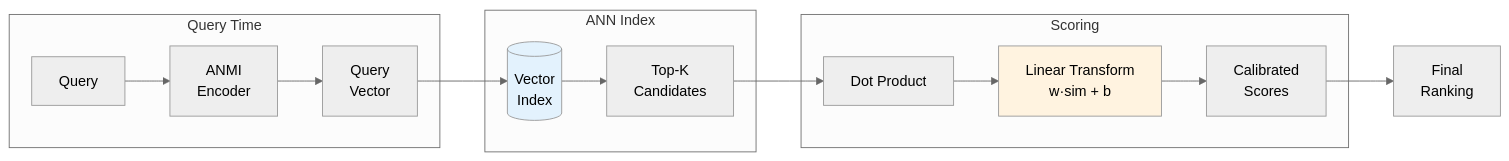
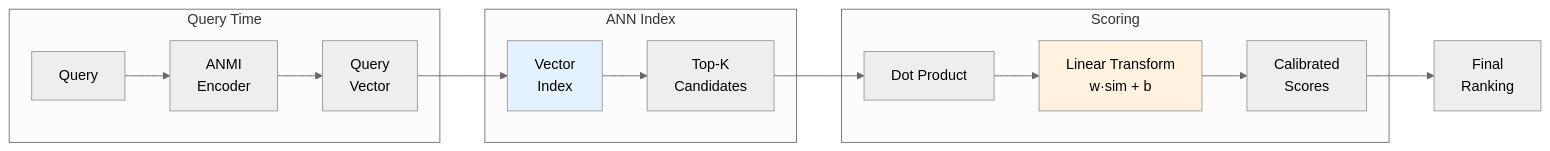
Diagram 15 of 29 in ANMI_comparision.md (Pendu/Advanced-Retreival-and-Re-ranking), drawn with Mermaid (neutral theme) before and after one commit. The commit also changed other lines of this file, not shown here.

Commit message:
Fixed the flow diagrams in the comparision file.

````diff
--- a/ANMI_comparision.md
+++ b/ANMI_comparision.md
@@ -707,23 +706,23 @@
 ```mermaid
 flowchart LR
     subgraph "Query Time"
         Q[Query] --> E[ANMI<br/>Encoder]
         E --> V[Query<br/>Vector]
     end
     
     subgraph "ANN Index"
-        V --> ANN[(Vector<br/>Index)]
+        V --> ANN[Vector<br/>Index]
         ANN --> TOP[Top-K<br/>Candidates]
     end
     
     subgraph "Scoring"
         TOP --> DOT[Dot Product]
         DOT --> LIN[Linear Transform<br/>w·sim + b]
         LIN --> CAL[Calibrated<br/>Scores]
     end
     
     CAL --> RES[Final<br/>Ranking]
     
     style ANN fill:#e3f2fd
     style LIN fill:#fff3e0
 ```
````
